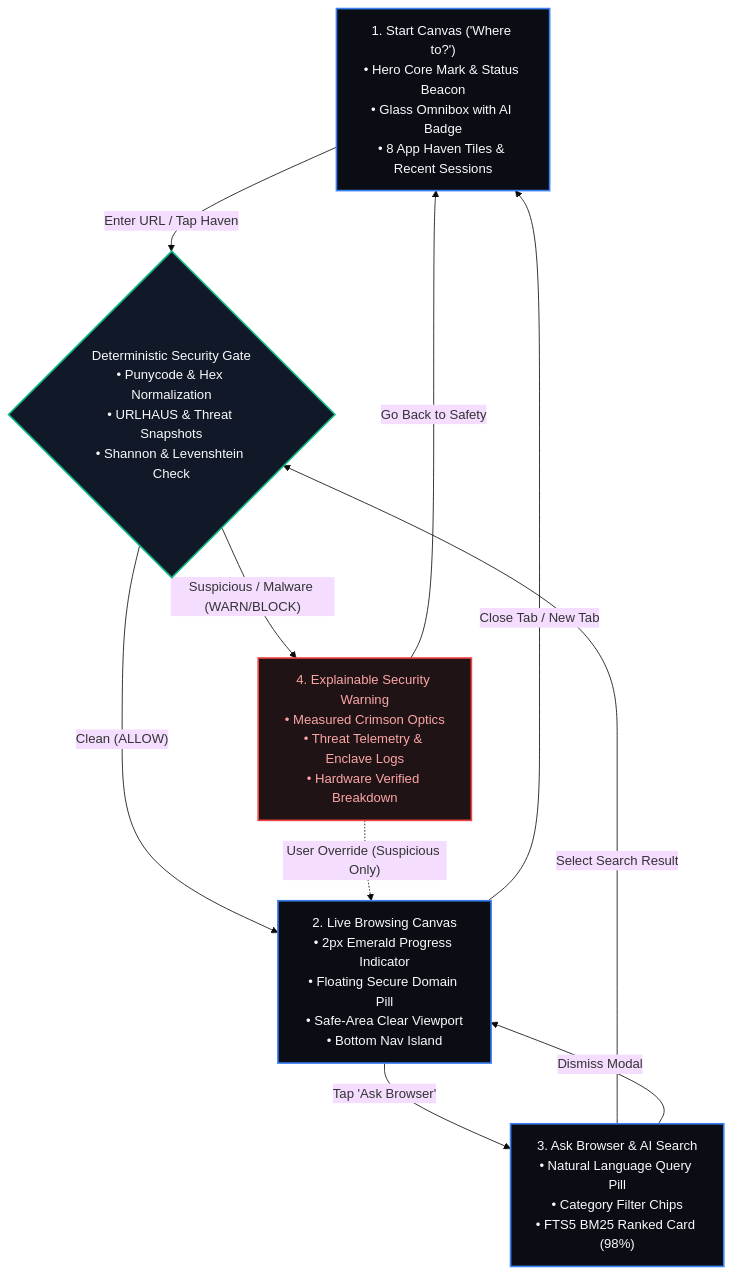
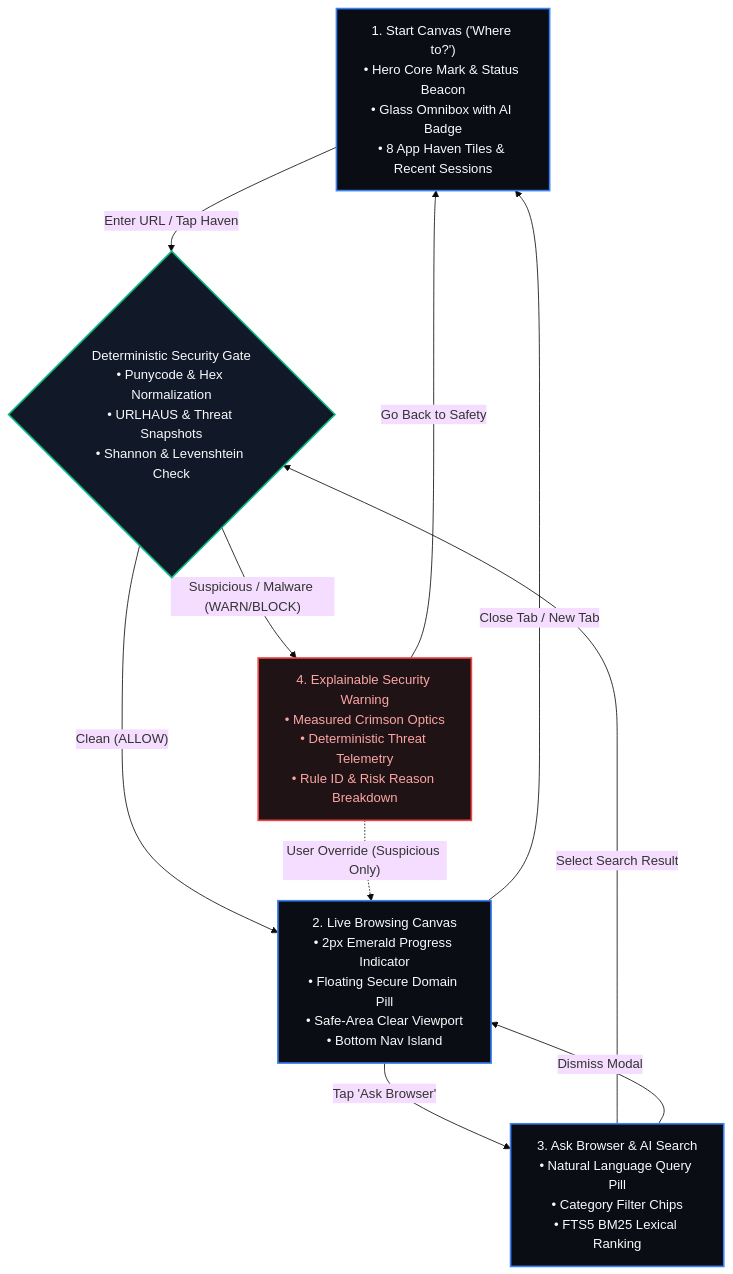
One commit to gintama1018/BRO changed the first of 8 diagrams in README.md. Above: the diagram before and after it, drawn with Mermaid (base theme). The commit also changed other lines of this file and 9 other files, not shown here.

````diff
--- a/README.md
+++ b/README.md
@@ -88,33 +88,33 @@
 ```mermaid
 flowchart TD
     Start["1. Start Canvas ('Where to?')<br/>• Hero Core Mark & Status Beacon<br/>• Glass Omnibox with AI Badge<br/>• 8 App Haven Tiles & Recent Sessions"]
     
     Gate{"Deterministic Security Gate<br/>• Punycode & Hex Normalization<br/>• URLHAUS & Threat Snapshots<br/>• Shannon & Levenshtein Check"}
     
     Live["2. Live Browsing Canvas<br/>• 2px Emerald Progress Indicator<br/>• Floating Secure Domain Pill<br/>• Safe-Area Clear Viewport<br/>• Bottom Nav Island"]
     
-    Warn["4. Explainable Security Warning<br/>• Measured Crimson Optics<br/>• Threat Telemetry & Enclave Logs<br/>• Hardware Verified Breakdown"]
+    Warn["4. Explainable Security Warning<br/>• Measured Crimson Optics<br/>• Deterministic Threat Telemetry<br/>• Rule ID & Risk Reason Breakdown"]
     
-    History["3. Ask Browser & AI Search<br/>• Natural Language Query Pill<br/>• Category Filter Chips<br/>• FTS5 BM25 Ranked Card (98%)"]
+    History["3. Ask Browser & AI Search<br/>• Natural Language Query Pill<br/>• Category Filter Chips<br/>• FTS5 BM25 Lexical Ranking"]
 
     Start -->|"Enter URL / Tap Haven"| Gate
     Gate -->|"Clean (ALLOW)"| Live
     Gate -->|"Suspicious / Malware (WARN/BLOCK)"| Warn
     
     Warn -->|"Go Back to Safety"| Start
     Warn -.->|"User Override (Suspicious Only)"| Live
     
     Live -->|"Tap 'Ask Browser'"| History
     Live -->|"Close Tab / New Tab"| Start
     
     History -->|"Select Search Result"| Gate
     History -->|"Dismiss Modal"| Live
 
     classDef canvas fill:#0A0D14,stroke:#3B82F6,stroke-width:2px,color:#F9FAFB;
     classDef gate fill:#111827,stroke:#10B981,stroke-width:2px,color:#F9FAFB;
     classDef warn fill:#1F1315,stroke:#EF4444,stroke-width:2px,color:#FCA5A5;
 
     class Start,Live,History canvas;
     class Gate gate;
     class Warn warn;
 ```
````
